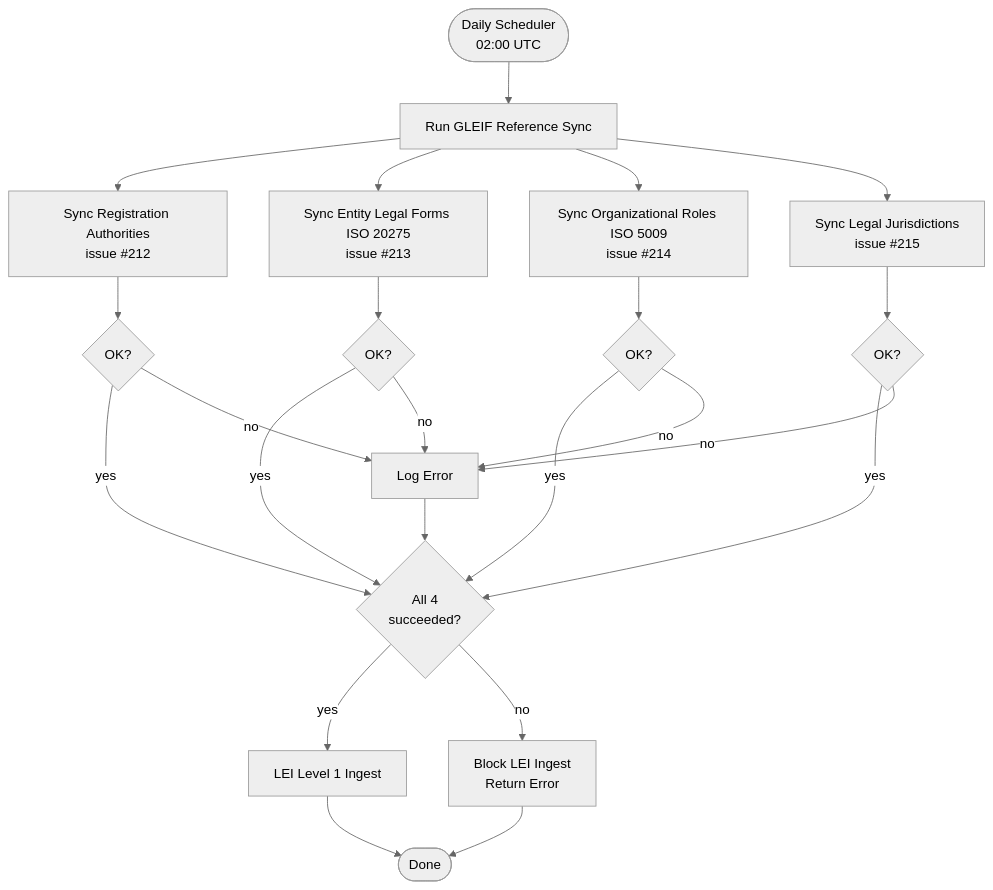
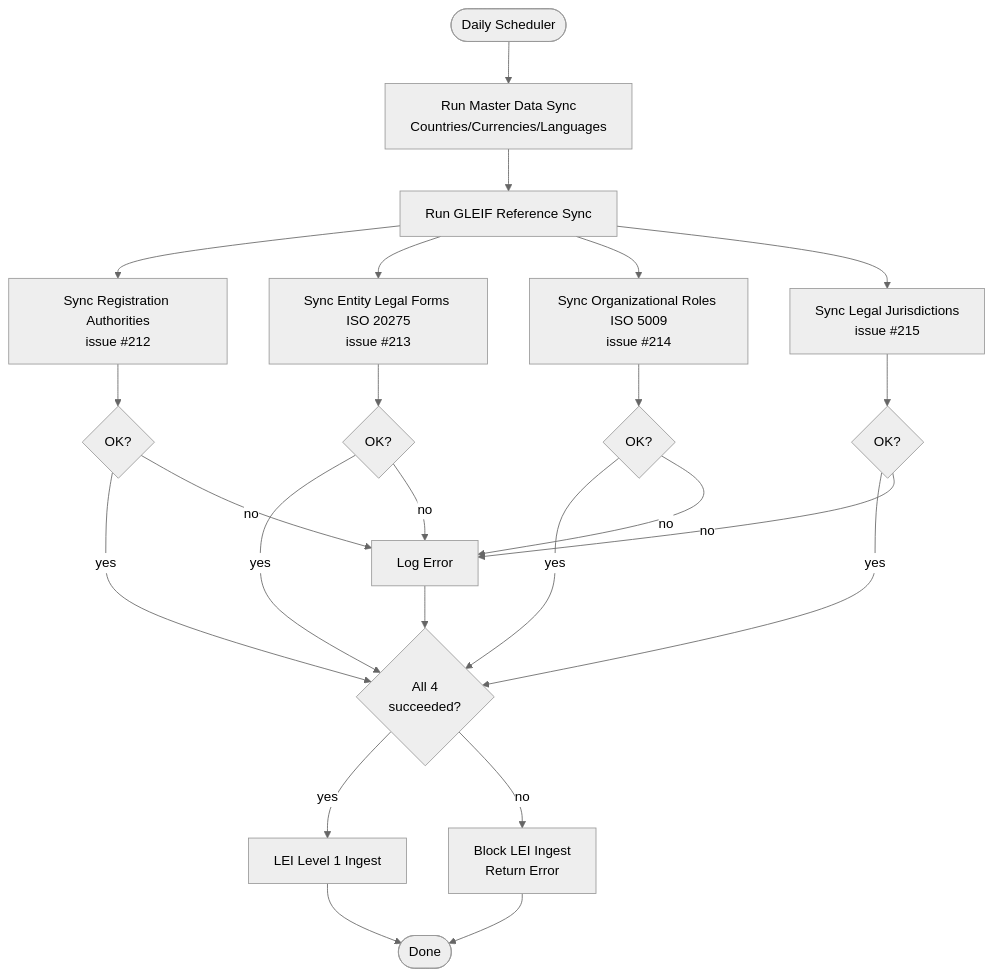
The diagram in docs/lei/GLEIF_REFERENCE_CODE_LISTS.md (techie2000/axiom), drawn with Mermaid (neutral theme) before and after one commit. The commit also changed other lines of this file and 18 other files, not shown here.

Commit message:
fix: optimize LEI list queries and sync status flow

````diff
--- a/docs/lei/GLEIF_REFERENCE_CODE_LISTS.md
+++ b/docs/lei/GLEIF_REFERENCE_CODE_LISTS.md
@@ -18,32 +25,33 @@
 ```mermaid
 flowchart TD
-    Scheduler([Daily Scheduler<br/>02:00 UTC]) --> GLEIFSync[Run GLEIF Reference Sync]
+    Scheduler([Daily Scheduler]) --> MasterData[Run Master Data Sync<br/>Countries/Currencies/Languages]
+    MasterData --> GLEIFSync[Run GLEIF Reference Sync]
 
     GLEIFSync --> RA[Sync Registration Authorities<br/>issue #212]
     GLEIFSync --> ELF[Sync Entity Legal Forms ISO 20275<br/>issue #213]
     GLEIFSync --> Roles[Sync Organizational Roles ISO 5009<br/>issue #214]
     GLEIFSync --> Jur[Sync Legal Jurisdictions<br/>issue #215]
 
     RA --> RADone{OK?}
     ELF --> ELFDone{OK?}
     Roles --> RolesDone{OK?}
     Jur --> JurDone{OK?}
 
     RADone -->|yes| AllReady{All 4<br/>succeeded?}
     ELFDone -->|yes| AllReady
     RolesDone -->|yes| AllReady
     JurDone -->|yes| AllReady
 
     RADone -->|no| LogErr[Log Error]
     ELFDone -->|no| LogErr
     RolesDone -->|no| LogErr
     JurDone -->|no| LogErr
 
     LogErr --> AllReady
 
     AllReady -->|yes| LEIIngest[LEI Level 1 Ingest]
     AllReady -->|no| BlockIngest[Block LEI Ingest<br/>Return Error]
 
     LEIIngest --> Done([Done])
     BlockIngest --> Done
 ```
````
